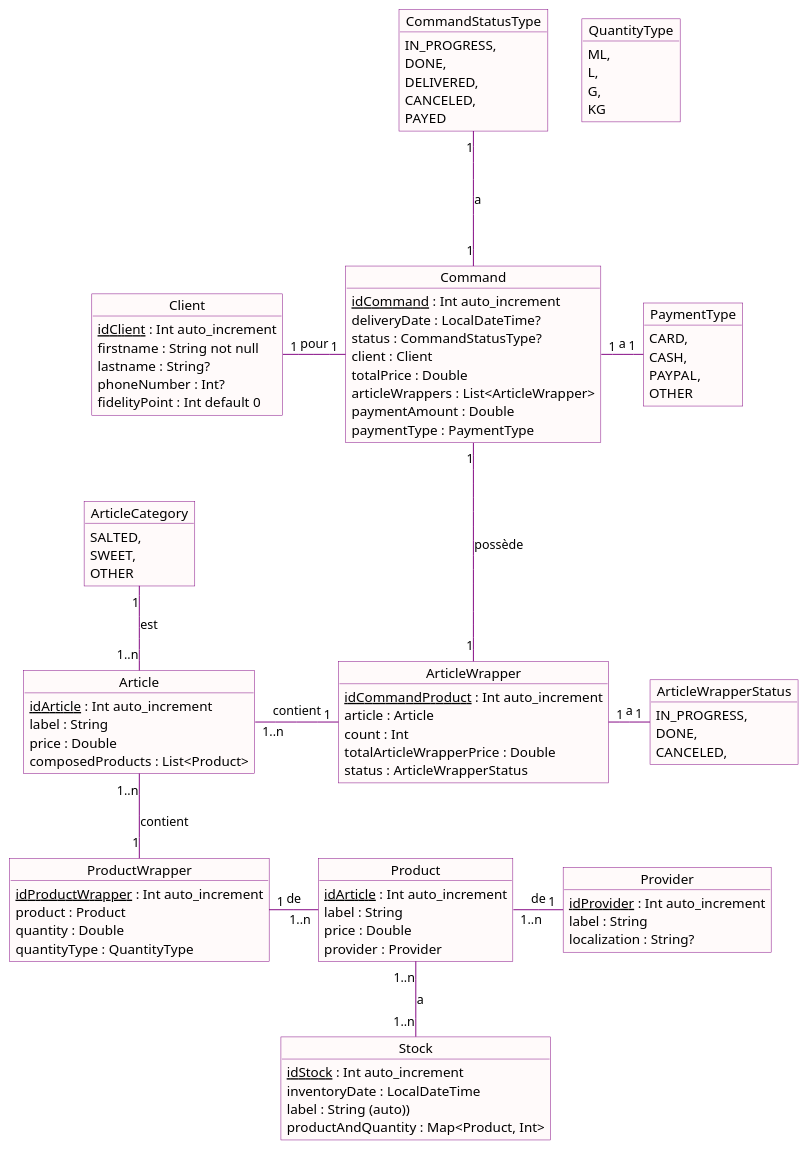
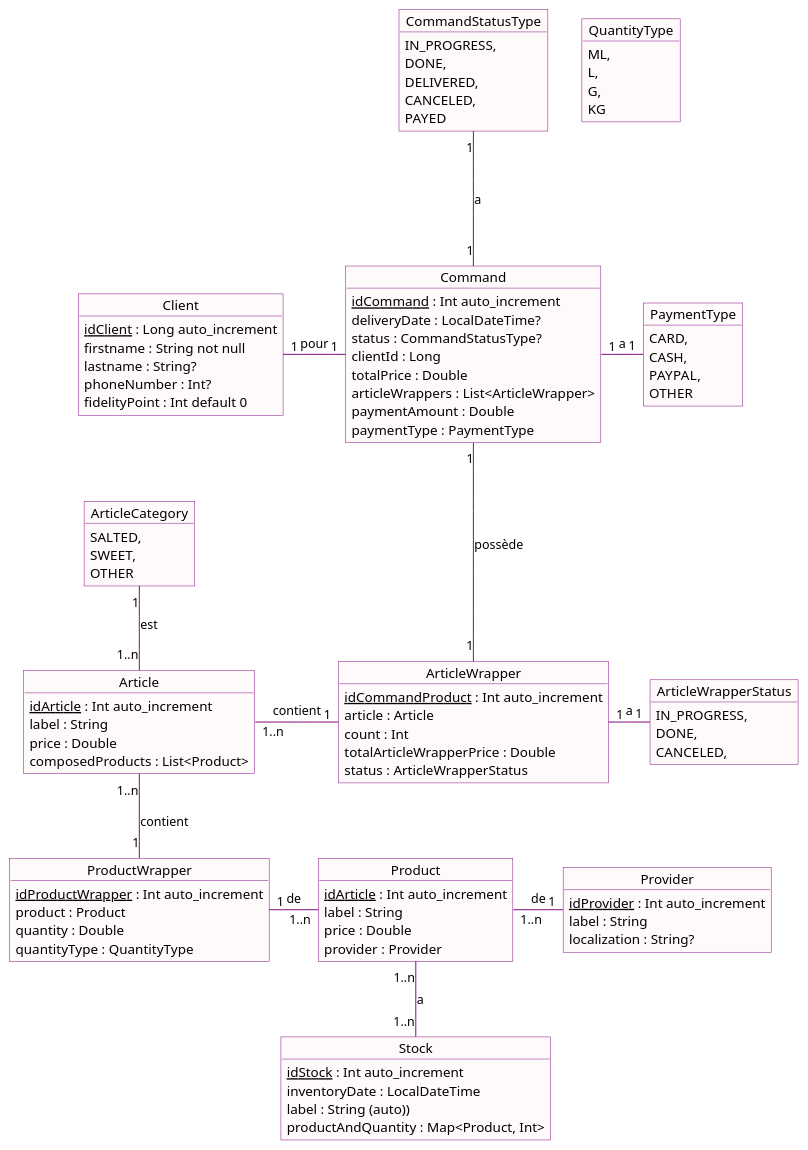
Before and after one commit to Schtroumphy/Axounaut-android: the diagram in documentation/src/main/java/com/jeanloth/project/android/kotlin/documentation/conception.puml, drawn with PlantUML. The commit also changed 17 other files, not shown here.

```diff
--- a/documentation/src/main/java/com/jeanloth/project/android/kotlin/documentation/conception.puml
+++ b/documentation/src/main/java/com/jeanloth/project/android/kotlin/documentation/conception.puml
@@ -1,116 +1,116 @@
 @startuml
 
 skinparam object {
     BackgroundColor Snow
     BorderColor Purple
     ArrowColor Purple
 }
 
 object PaymentType{
     CARD,
     CASH,
     PAYPAL,
     OTHER
 }
 
 object Command{
     <u>idCommand</u> : Int auto_increment
     deliveryDate : LocalDateTime?
     status : CommandStatusType?
-    client : Client
+    clientId : Long
     totalPrice : Double
     articleWrappers : List<ArticleWrapper>
     paymentAmount : Double
     paymentType : PaymentType
 }
 
 object ArticleWrapper {
     <u>idCommandProduct</u> : Int auto_increment
     article : Article
     count : Int
     totalArticleWrapperPrice : Double
     status : ArticleWrapperStatus
 }
 
 object Client{
-    <u>idClient</u> : Int auto_increment
+    <u>idClient</u> : Long auto_increment
     firstname : String not null
     lastname : String?
     phoneNumber : Int?
     fidelityPoint : Int default 0
 }
 
 object ArticleWrapperStatus{
     IN_PROGRESS,
     DONE,
     CANCELED,
 }
 
 object CommandStatusType{
     IN_PROGRESS,
     DONE,
     DELIVERED,
     CANCELED,
     PAYED
 }
 
 object Article{
     <u>idArticle</u> : Int auto_increment
     label : String
     price : Double
     composedProducts : List<Product>
 }
 
 object ArticleCategory {
     SALTED,
     SWEET,
     OTHER
 }
 
 object ProductWrapper{
     <u>idProductWrapper</u> : Int auto_increment
     product : Product
     quantity : Double
     quantityType : QuantityType
 }
 
 object QuantityType {
     ML,
     L,
     G,
     KG
 }
 
 object Product{
     <u>idArticle</u> : Int auto_increment
     label : String
     price : Double
     provider : Provider
 }
 
 object Provider{
     <u>idProvider</u> : Int auto_increment
     label : String
     localization : String?
 }
 
 object Stock{
     <u>idStock</u> : Int auto_increment
     inventoryDate : LocalDateTime
     label : String (auto))
     productAndQuantity : Map<Product, Int>
 }
 
 Command "1" -right- "1" PaymentType : a
 Command "1" --left- "1" Client : pour
 Command "1" --down- "1" ArticleWrapper : possède
 Command "1" --up- "1" CommandStatusType : a
 ArticleWrapper "1" --right- "1" ArticleWrapperStatus : a
 Article "1..n" -up- "1" ArticleCategory : est
 Article "1..n" -right- "1" ArticleWrapper : contient
 Article "1..n" -down- "1" ProductWrapper : contient
 Product "1..n" -right- "1" Provider : de
 ProductWrapper "1" -right- "1..n" Product : de
 Product "1..n" -down- "1..n" Stock : a
 
 @enduml
```
